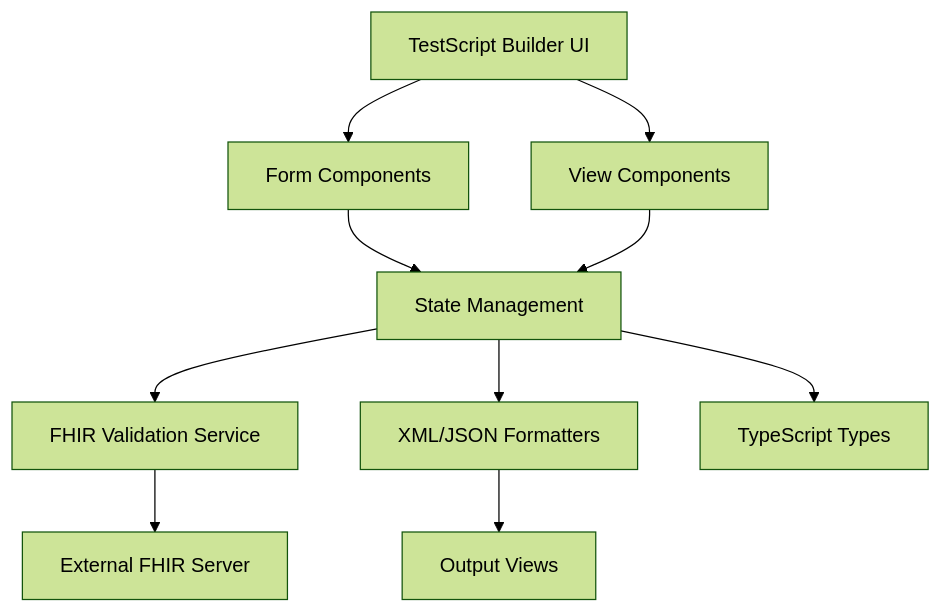
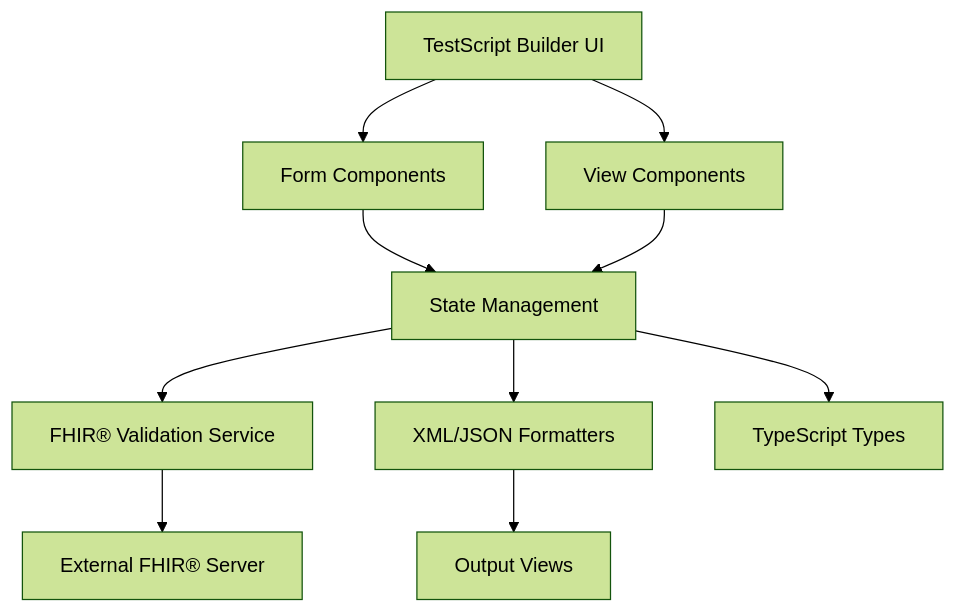
Before and after one commit to MichaelBogensberger/TestScriptCrafter: the first of 3 diagrams in README.md, drawn with Mermaid (forest theme). The commit also changed other lines of this file, not shown here.

````diff
--- a/README.md
+++ b/README.md
@@ -169,12 +128,12 @@
 ```mermaid
 graph TD
     A["TestScript Builder UI"] --> B["Form Components"]
     A --> C["View Components"]
     B --> D["State Management"]
     C --> D
-    D --> E["FHIR Validation Service"]
+    D --> E["FHIR® Validation Service"]
     D --> F["XML/JSON Formatters"]
-    E --> G["External FHIR Server"]
+    E --> G["External FHIR® Server"]
     F --> H["Output Views"]
     D --> I["TypeScript Types"]
 ```
````
